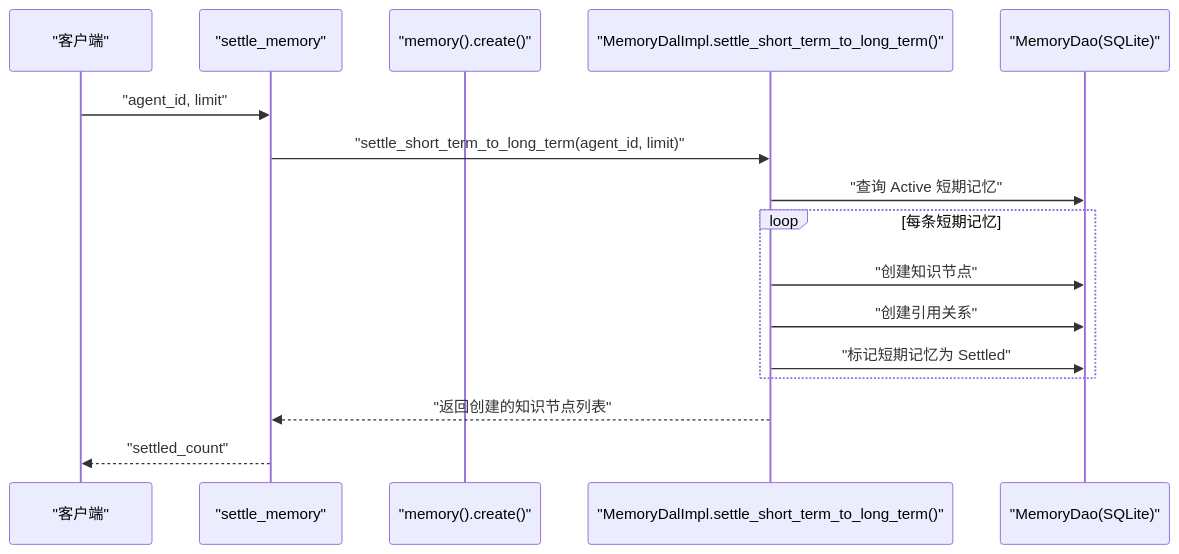
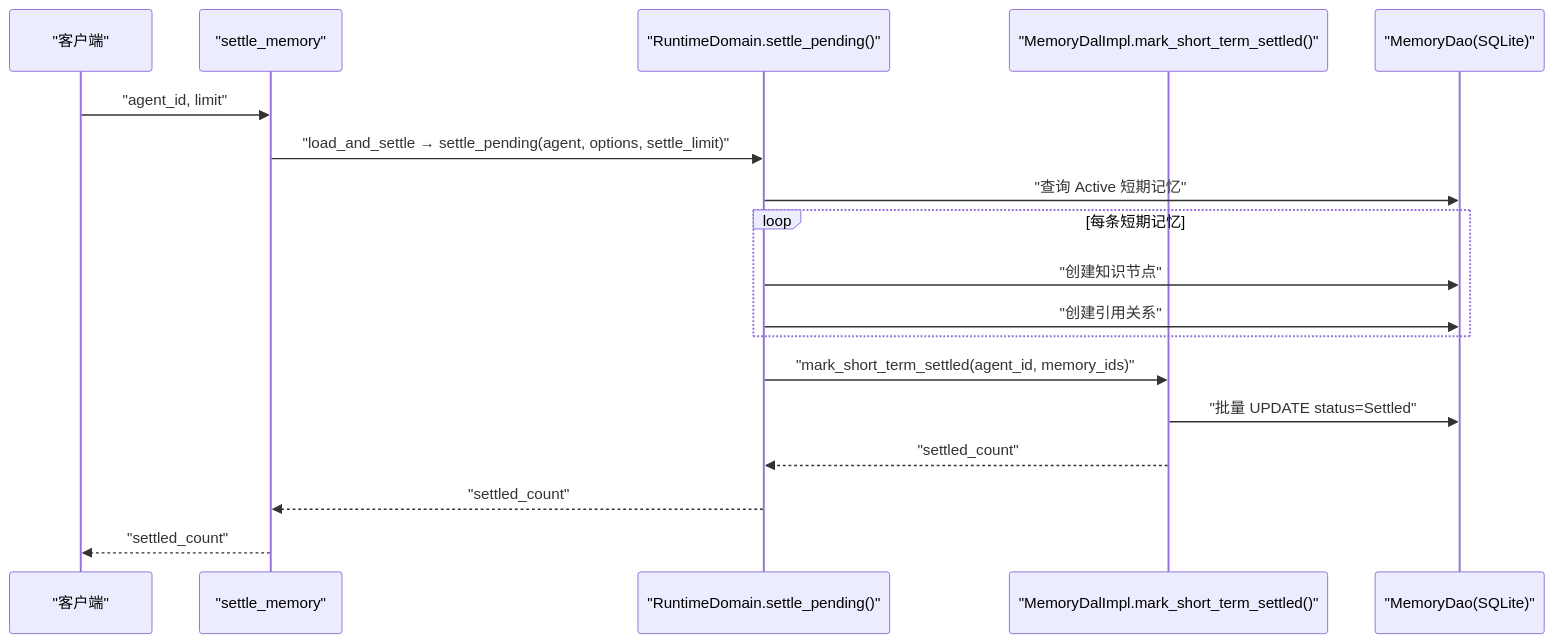
One commit to runningcoders/ai_orz changed the seventh of 9 diagrams in docs/wiki/zh/content/功能模块/AI Agent 管理/记忆系统管理.md. Above: the diagram before and after it, drawn with Mermaid. The commit also changed other lines of this file and 82 other files, not shown here.

````diff
--- a/docs/wiki/zh/content/功能模块/AI Agent 管理/记忆系统管理.md
+++ b/docs/wiki/zh/content/功能模块/AI Agent 管理/记忆系统管理.md
@@ -374,18 +374,20 @@
 ```mermaid
 sequenceDiagram
 participant Client as "客户端"
 participant Handler as "settle_memory"
-participant Domain as "memory().create()"
-participant DAL as "MemoryDalImpl.settle_short_term_to_long_term()"
+participant Domain as "RuntimeDomain.settle_pending()"
+participant DAL as "MemoryDalImpl.mark_short_term_settled()"
 participant DAO_SQL as "MemoryDao(SQLite)"
 Client->>Handler : "agent_id, limit"
-Handler->>DAL : "settle_short_term_to_long_term(agent_id, limit)"
-DAL->>DAO_SQL : "查询 Active 短期记忆"
+Handler->>Domain : "load_and_settle → settle_pending(agent, options, settle_limit)"
+Domain->>DAO_SQL : "查询 Active 短期记忆"
 loop 每条短期记忆
-DAL->>DAO_SQL : "创建知识节点"
-DAL->>DAO_SQL : "创建引用关系"
-DAL->>DAO_SQL : "标记短期记忆为 Settled"
+Domain->>DAO_SQL : "创建知识节点"
+Domain->>DAO_SQL : "创建引用关系"
 end
-DAL-->>Handler : "返回创建的知识节点列表"
+Domain->>DAL : "mark_short_term_settled(agent_id, memory_ids)"
+DAL->>DAO_SQL : "批量 UPDATE status=Settled"
+DAL-->>Domain : "settled_count"
+Domain-->>Handler : "settled_count"
 Handler-->>Client : "settled_count"
 ```
````
